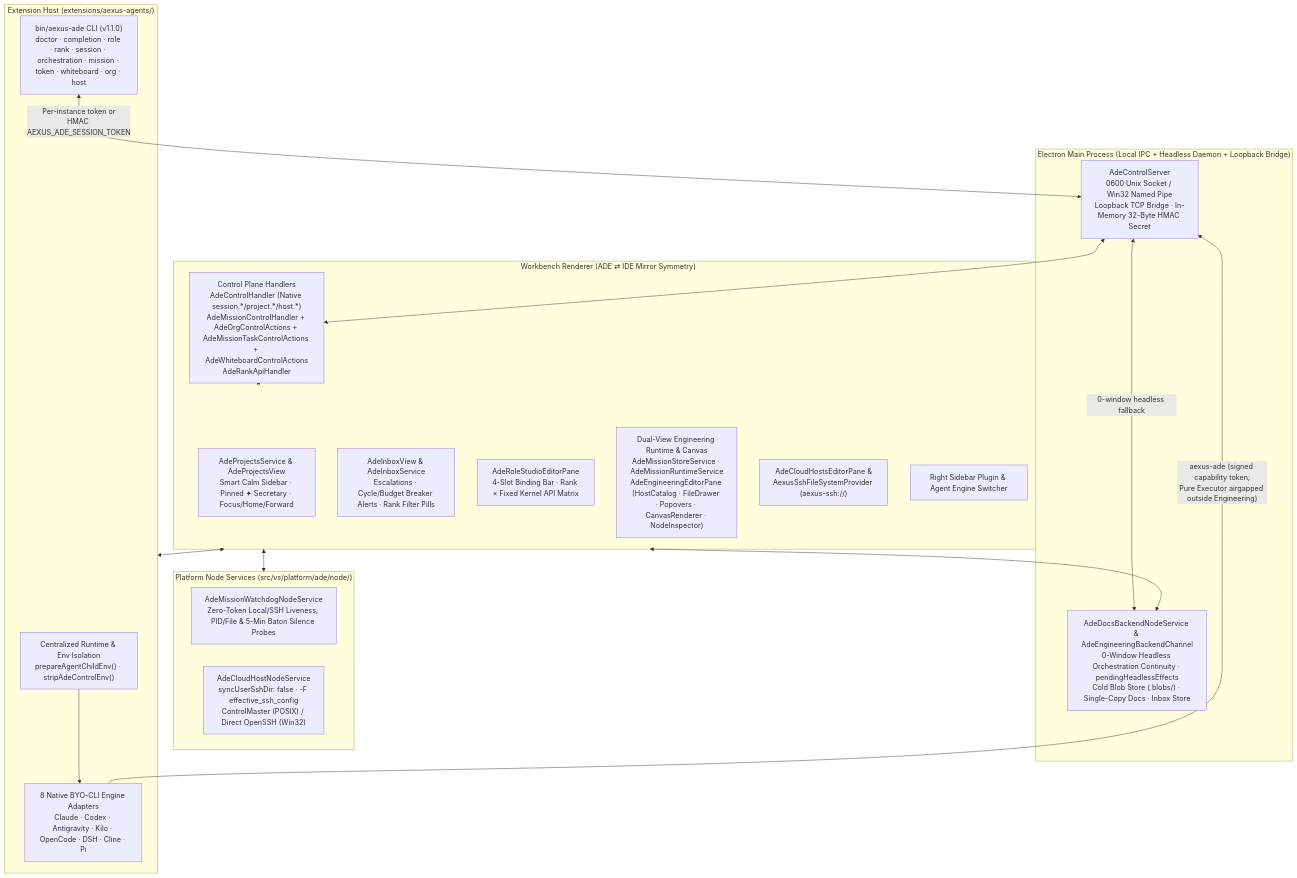
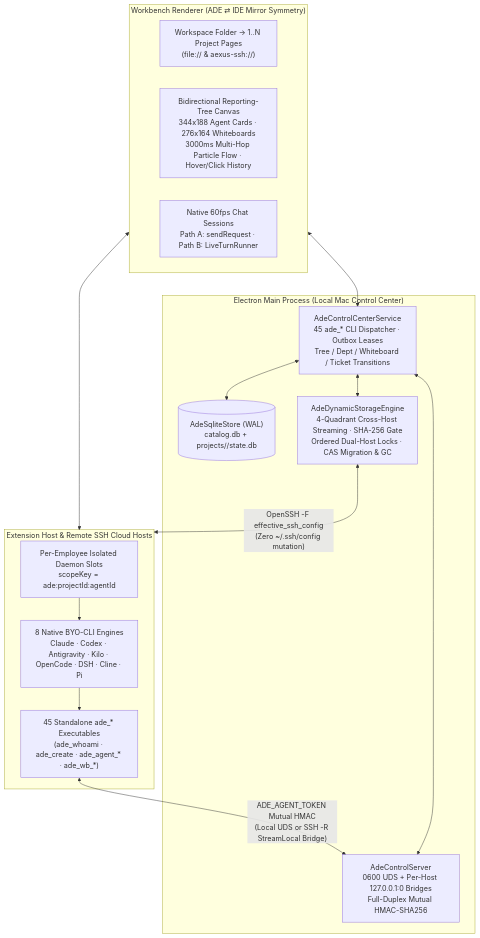
The diagram in docs/ARCHITECTURE.md (Daijunfan/Aexus-Code), drawn with Mermaid before and after one commit. The commit also changed other lines of this file and 354 other files, not shown here.

First line of the commit message:
feat(ade,terminal): lightweight multi-agent orchestrator, commercial card UX, Kali icon & SSH terminal routing

````diff
--- a/docs/ARCHITECTURE.md
+++ b/docs/ARCHITECTURE.md
@@ -12,38 +7,31 @@
 ```mermaid
 flowchart TB
-    subgraph Main["Electron Main Process (Local IPC + Headless Daemon + Loopback Bridge)"]
-        CS["AdeControlServer<br/>0600 Unix Socket / Win32 Named Pipe<br/>Loopback TCP Bridge · In-Memory 32-Byte HMAC Secret"]
-        DAEMON["AdeDocsBackendNodeService &amp; AdeEngineeringBackendChannel<br/>0-Window Headless Orchestration Continuity · pendingHeadlessEffects<br/>Cold Blob Store (.blobs/) · Single-Copy Docs · Inbox Store"]
+    subgraph Main["Electron Main Process (Local Mac Control Center)"]
+        SQL[("AdeSqliteStore (WAL)<br/>catalog.db + projects/<pid>/state.db")]
+        CS["AdeControlServer<br/>0600 UDS + Per-Host 127.0.0.1:0 Bridges<br/>Full-Duplex Mutual HMAC-SHA256"]
+        CC["AdeControlCenterService<br/>45 ade_* CLI Dispatcher · Outbox Leases<br/>Tree / Dept / Whiteboard / Ticket Transitions"]
+        DSE["AdeDynamicStorageEngine<br/>4-Quadrant Cross-Host Streaming · SHA-256 Gate<br/>Ordered Dual-Host Locks · CAS Migration &amp; GC"]
+        CS <--> CC
+        CC <--> SQL
+        CC <--> DSE
     end
 
     subgraph Workbench["Workbench Renderer (ADE ⇄ IDE Mirror Symmetry)"]
-        PROJ["AdeProjectsService &amp; AdeProjectsView<br/>Smart Calm Sidebar · Pinned ✦ Secretary · Focus/Home/Forward"]
-        INBOX["AdeInboxView &amp; AdeInboxService<br/>Escalations · Cycle/Budget Breaker Alerts · Rank Filter Pills"]
-        STUDIO["AdeRoleStudioEditorPane<br/>4-Slot Binding Bar · Rank × Fixed Kernel API Matrix"]
-        ENG["Dual-View Engineering Runtime &amp; Canvas<br/>AdeMissionStoreService · AdeMissionRuntimeService<br/>AdeEngineeringEditorPane (HostCatalog · FileDrawer · Popovers · CanvasRenderer · NodeInspector)"]
-        RBAC["Control Plane Handlers<br/>AdeControlHandler (Native session.*/project.*/host.*)<br/>AdeMissionControlHandler + AdeOrgControlActions + AdeMissionTaskControlActions + AdeWhiteboardControlActions<br/>AdeRankApiHandler"]
-        SSHUI["AdeCloudHostsEditorPane &amp;<br/>AexusSshFileSystemProvider (aexus-ssh://)"]
-        PLUG["Right Sidebar Plugin &amp; Agent Engine Switcher"]
+        TREE["Workspace Folder -> 1..N Project Pages<br/>(file:// &amp; aexus-ssh://)"]
+        CANVAS["Bidirectional Reporting-Tree Canvas<br/>344x188 Agent Cards · 276x164 Whiteboards<br/>3000ms Multi-Hop Particle Flow · Hover/Click History"]
+        CHAT["Native 60fps Chat Sessions<br/>Path A: sendRequest · Path B: LiveTurnRunner"]
     end
 
-    subgraph NodeServices["Platform Node Services (src/vs/platform/ade/node/)"]
-        WD["AdeMissionWatchdogNodeService<br/>Zero-Token Local/SSH Liveness, PID/File &amp; 5-Min Baton Silence Probes"]
-        CLOUD["AdeCloudHostNodeService<br/>syncUserSshDir: false · -F effective_ssh_config<br/>ControlMaster (POSIX) / Direct OpenSSH (Win32)"]
+    subgraph ExtHost["Extension Host &amp; Remote SSH Cloud Hosts"]
+        SLOTS["Per-Employee Isolated Daemon Slots<br/>scopeKey = ade:projectId:agentId"]
+        BINS["45 Standalone ade_* Executables<br/>(ade_whoami · ade_create · ade_agent_* · ade_wb_*)"]
+        ENG8["8 Native BYO-CLI Engines<br/>Claude · Codex · Antigravity · Kilo · OpenCode · DSH · Cline · Pi"]
+        SLOTS --> ENG8
+        ENG8 --> BINS
     end
 
-    subgraph ExtHost["Extension Host (extensions/aexus-agents/)"]
-        RT["Centralized Runtime &amp; Env Isolation<br/>prepareAgentChildEnv() · stripAdeControlEnv()"]
-        CLI["bin/aexus-ade CLI (v1.1.0)<br/>doctor · completion · role · rank · session · orchestration · mission · token · whiteboard · org · host"]
-        ENG8["8 Native BYO-CLI Engine Adapters<br/>Claude · Codex · Antigravity · Kilo · OpenCode · DSH · Cline · Pi"]
-    end
-
-    CLI <-->|"Per-instance token or<br/>HMAC AEXUS_ADE_SESSION_TOKEN"| CS
-    CS <-->|"0-window headless fallback"| DAEMON
-    CS <--> RBAC
-    RBAC <--> Workbench
-    Workbench <--> DAEMON
-    Workbench <--> NodeServices
+    BINS <-->|"ADE_AGENT_TOKEN Mutual HMAC<br/>(Local UDS or SSH -R StreamLocal Bridge)"| CS
+    Workbench <--> CC
     Workbench <--> ExtHost
-    RT --> ENG8
-    ENG8 -->|"aexus-ade (signed capability token;<br/>Pure Executor airgapped outside Engineering)"| CS
+    DSE <-->|"OpenSSH -F effective_ssh_config<br/>(Zero ~/.ssh/config mutation)"| ExtHost
 ```
````
